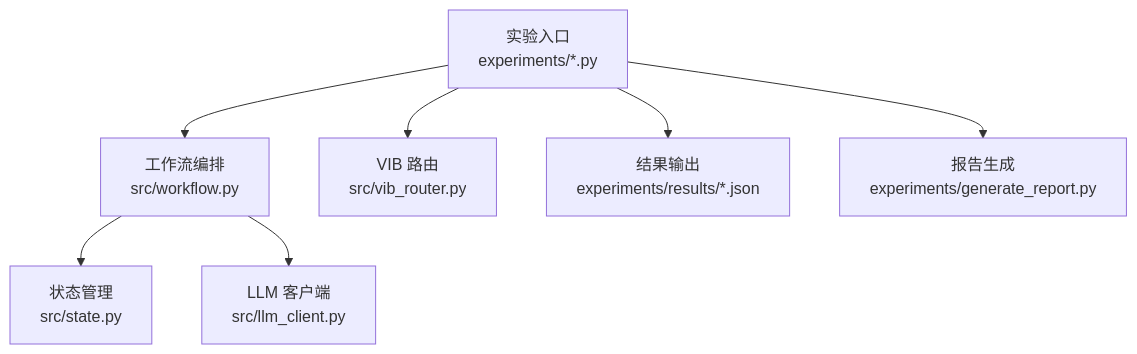
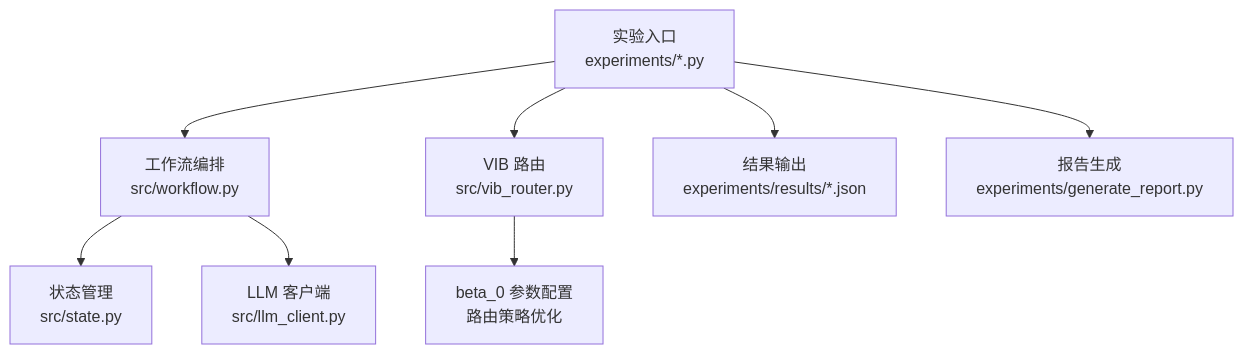
The first of 6 diagrams in .qoder/repowiki/zh/content/核心架构/实验框架/大规模集群实验.md (QuStarry/VIB-SparseCommunication), drawn with Mermaid before and after one commit. The commit also changed other lines of this file and 18 other files, not shown here.

````diff
--- a/.qoder/repowiki/zh/content/核心架构/实验框架/大规模集群实验.md
+++ b/.qoder/repowiki/zh/content/核心架构/实验框架/大规模集群实验.md
@@ -43,9 +51,10 @@
 ```mermaid
 graph TB
 A["实验入口<br/>experiments/*.py"] --> B["工作流编排<br/>src/workflow.py"]
 A --> C["VIB 路由<br/>src/vib_router.py"]
 B --> D["状态管理<br/>src/state.py"]
 B --> E["LLM 客户端<br/>src/llm_client.py"]
 A --> F["结果输出<br/>experiments/results/*.json"]
 A --> G["报告生成<br/>experiments/generate_report.py"]
+C --> H["beta_0 参数配置<br/>路由策略优化"]
 ```
````
